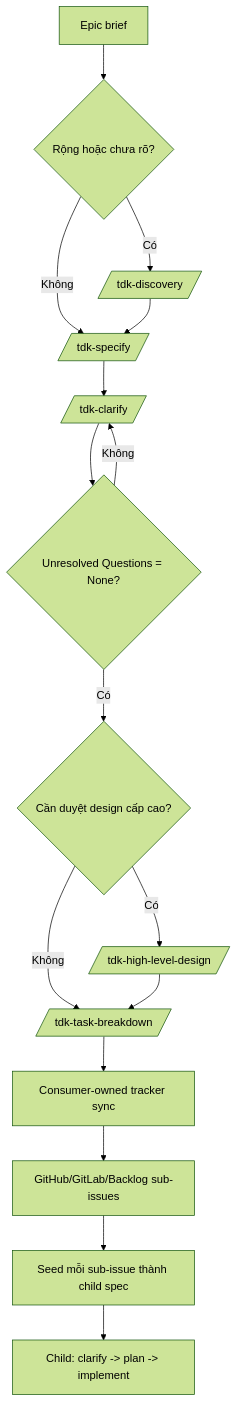
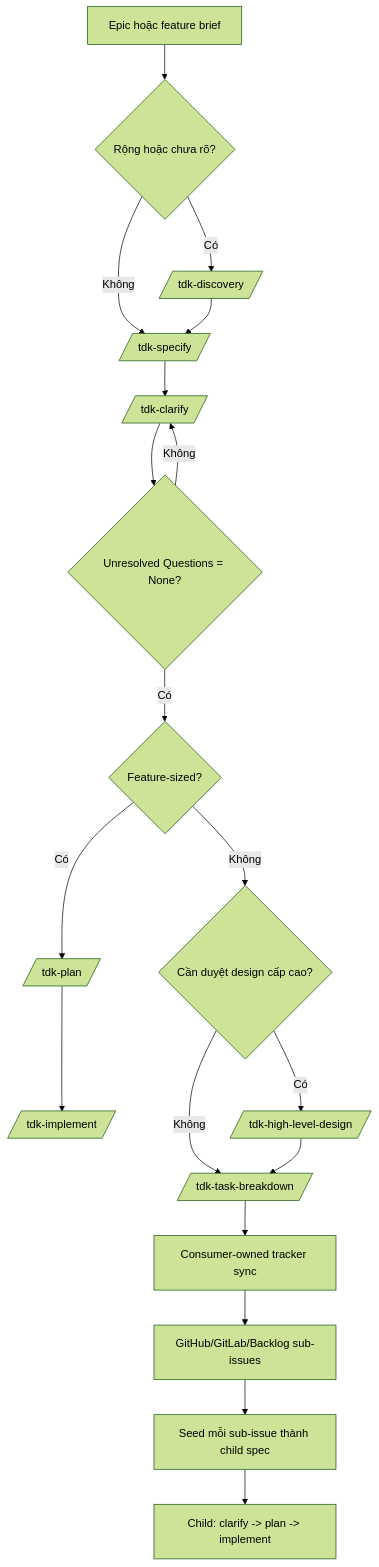
One commit to vinhltt/tdk changed the diagram in .specify/docs/vi/guides/epic-start-guide.md. Above: the diagram before and after it, drawn with Mermaid (forest theme). The commit also changed other lines of this file and 29 other files, not shown here.

````diff
--- a/.specify/docs/vi/guides/epic-start-guide.md
+++ b/.specify/docs/vi/guides/epic-start-guide.md
@@ -47,18 +60,21 @@
 ```mermaid
 flowchart TD
-    A[Epic brief] --> B{Rộng hoặc chưa rõ?}
+    A[Epic hoặc feature brief] --> B{Rộng hoặc chưa rõ?}
     B -->|Có| C[/tdk-discovery/]
     B -->|Không| D[/tdk-specify/]
     C --> D
     D --> E[/tdk-clarify/]
     E --> F{Unresolved Questions = None?}
     F -->|Không| E
-    F -->|Có| G{Cần duyệt design cấp cao?}
+    F -->|Có| S{Feature-sized?}
+    S -->|Có| P[/tdk-plan/]
+    P --> Q[/tdk-implement/]
+    S -->|Không| G{Cần duyệt design cấp cao?}
     G -->|Có| H[/tdk-high-level-design/]
     G -->|Không| I[/tdk-task-breakdown/]
     H --> I
     I --> J[Consumer-owned tracker sync]
     J --> K[GitHub/GitLab/Backlog sub-issues]
     K --> L[Seed mỗi sub-issue thành child spec]
     L --> M[Child: clarify -> plan -> implement]
 ```
````
